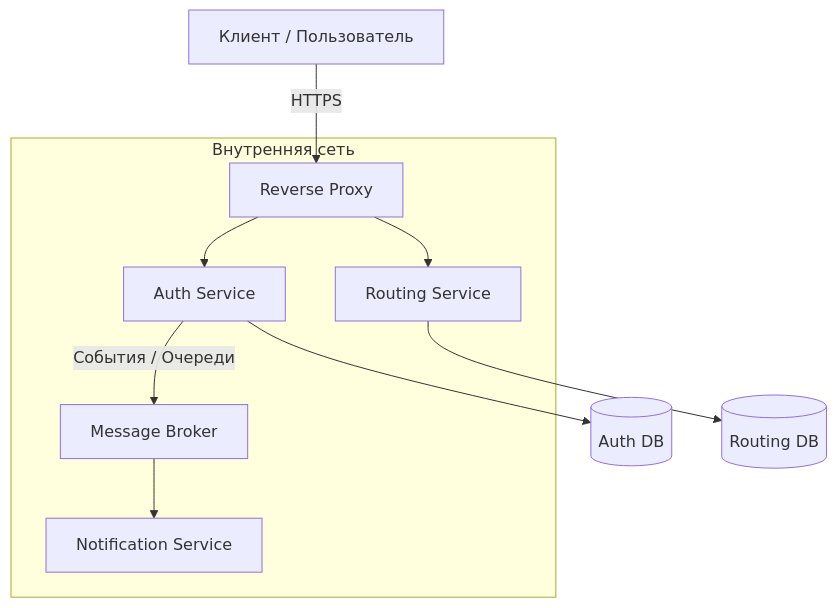
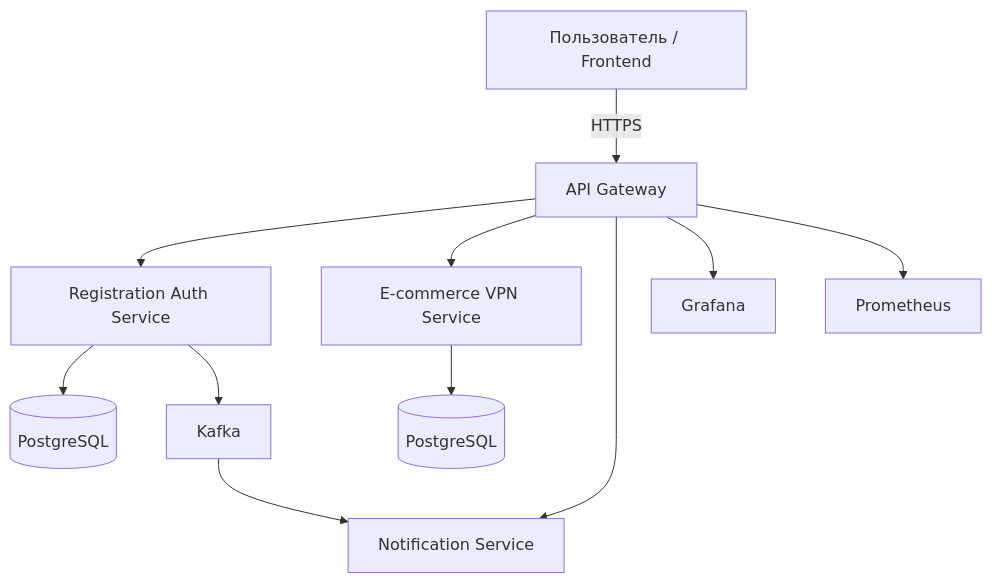
Before and after one commit to ProvotorovMaksim/pet-project-mono-repo: the diagram in README.md, drawn with Mermaid. The commit also changed other lines of this file and 4 other files, not shown here.

````diff
--- a/README.md
+++ b/README.md
@@ -2,20 +7,16 @@
 ```mermaid
 graph TD
-    Client[Клиент / Пользователь] -->|HTTPS| RP[Reverse Proxy]
-    RP --> Auth[Auth Service]
-    RP --> Route[Routing Service]
-    
-    Auth --> DB_Auth[(Auth DB)]
-    Route --> DB_Route[(Routing DB)]
-    
-    Auth -->|События / Очереди| MQ[Message Broker]
-    MQ --> Notif[Notification Service]
-    
-    subgraph "Внутренняя сеть"
-        RP
-        Auth
-        Route
-        MQ
-        Notif
-    end
+    Client[Пользователь / Frontend] -->|HTTPS| Gateway[API Gateway]
+    Gateway --> Auth[Registration Auth Service]
+    Gateway --> VPN[E-commerce VPN Service]
+    Gateway --> Notify[Notification Service]
+
+    Auth --> DBAuth[(PostgreSQL)]
+    VPN --> DBVPN[(PostgreSQL)]
+
+    Gateway --> Grafana[Grafana]
+    Gateway --> Prometheus[Prometheus]
+
+    Auth --> Kafka[Kafka]
+    Kafka --> Notify
 ```
````
